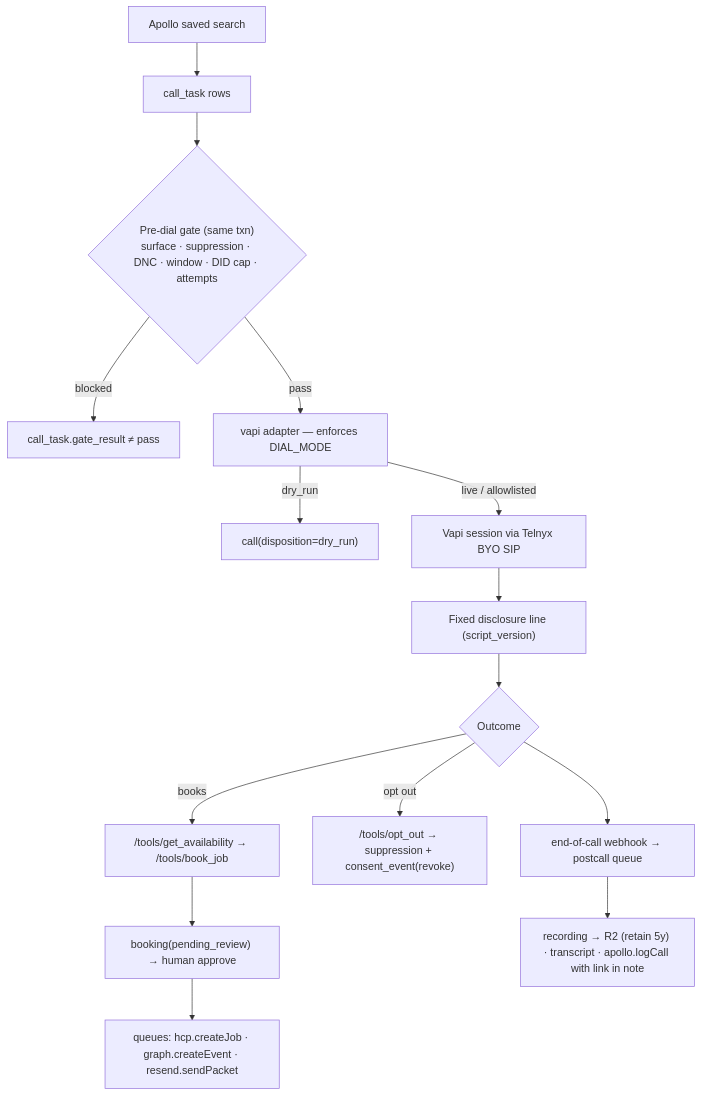
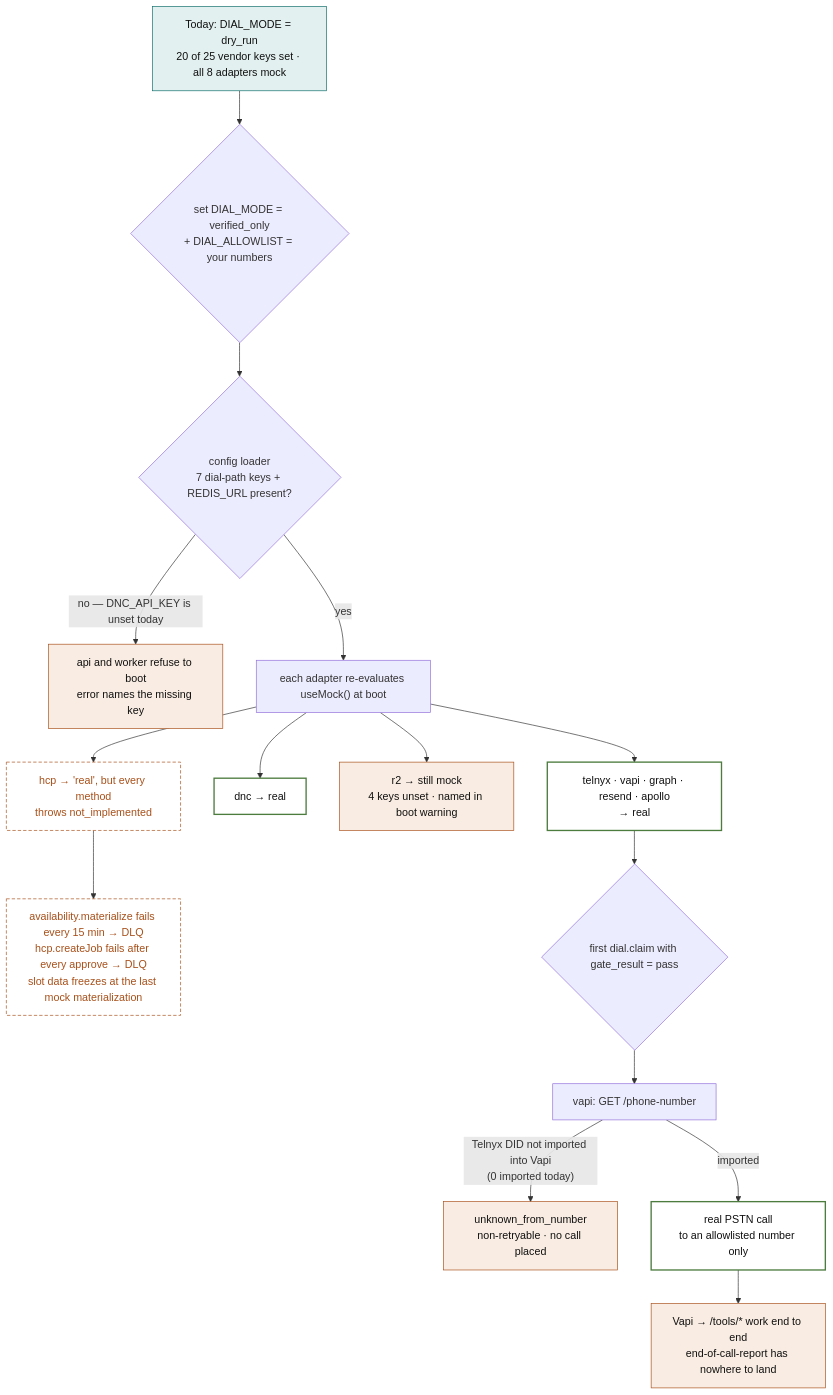
The seventh of 7 diagrams in docs/ARCHITECTURE.md (MAKaminski/tm-voice), drawn with Mermaid before and after one commit. The commit also changed other lines of this file, not shown here.

````diff
--- a/docs/ARCHITECTURE.md
+++ b/docs/ARCHITECTURE.md
@@ -86,17 +313,26 @@
 ```mermaid
 flowchart TD
-  A["Apollo saved search"] --> B["call_task rows"]
-  B --> C{"Pre-dial gate (same txn)<br/>surface · suppression · DNC · window · DID cap · attempts"}
-  C -->|"blocked"| X["call_task.gate_result ≠ pass"]
-  C -->|"pass"| D["vapi adapter — enforces DIAL_MODE"]
-  D -->|"dry_run"| Y["call(disposition=dry_run)"]
-  D -->|"live / allowlisted"| E["Vapi session via Telnyx BYO SIP"]
-  E --> F["Fixed disclosure line (script_version)"]
-  F --> G{"Outcome"}
-  G -->|"books"| H["/tools/get_availability → /tools/book_job"]
-  H --> I["booking(pending_review) → human approve"]
-  I --> J["queues: hcp.createJob · graph.createEvent · resend.sendPacket"]
-  G -->|"opt out"| L["/tools/opt_out → suppression + consent_event(revoke)"]
-  G --> N["end-of-call webhook → postcall queue"]
-  N --> O["recording → R2 (retain 5y) · transcript · apollo.logCall with link in note"]
+  classDef now fill:#e2f0ef,stroke:#0e6d6a,color:#111
+  classDef ok fill:#fff,stroke:#4d7c3f,stroke-width:2px,color:#111
+  classDef warn fill:#f9ece2,stroke:#a8501a,color:#111
+  classDef gap fill:#fff,stroke:#a8501a,stroke-dasharray:5 3,color:#a8501a
+
+  A["Today: DIAL_MODE = dry_run<br/>20 of 25 vendor keys set · all 8 adapters mock"]:::now
+  A --> B{"set DIAL_MODE = verified_only<br/>+ DIAL_ALLOWLIST = your numbers"}
+  B --> C{"config loader<br/>7 dial-path keys + REDIS_URL present?"}
+  C -->|"no — DNC_API_KEY is unset today"| X["api and worker refuse to boot<br/>error names the missing key"]:::warn
+  C -->|"yes"| D["each adapter re-evaluates useMock() at boot"]
+
+  D --> E["telnyx · vapi · graph · resend · apollo<br/>→ real"]:::ok
+  D --> F["dnc → real"]:::ok
+  D --> G["r2 → still mock<br/>4 keys unset · named in boot warning"]:::warn
+  D --> H["hcp → 'real', but every method<br/>throws not_implemented"]:::gap
+
+  H --> H1["availability.materialize fails every 15 min → DLQ<br/>hcp.createJob fails after every approve → DLQ<br/>slot data freezes at the last mock materialization"]:::gap
+
+  E --> J{"first dial.claim with gate_result = pass"}
+  J --> K["vapi: GET /phone-number"]
+  K -->|"Telnyx DID not imported into Vapi<br/>(0 imported today)"| L["unknown_from_number<br/>non-retryable · no call placed"]:::warn
+  K -->|"imported"| M["real PSTN call<br/>to an allowlisted number only"]:::ok
+  M --> N["Vapi → /tools/* work end to end<br/>end-of-call-report has nowhere to land"]:::warn
 ```
````
